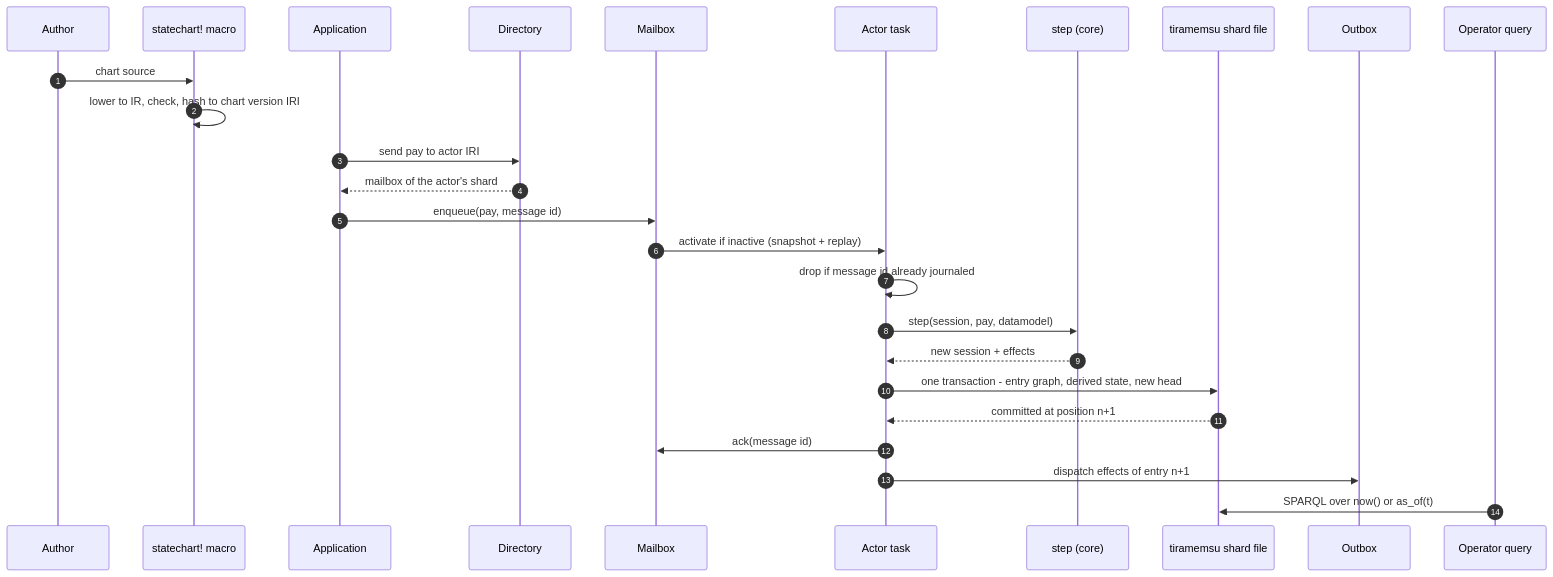
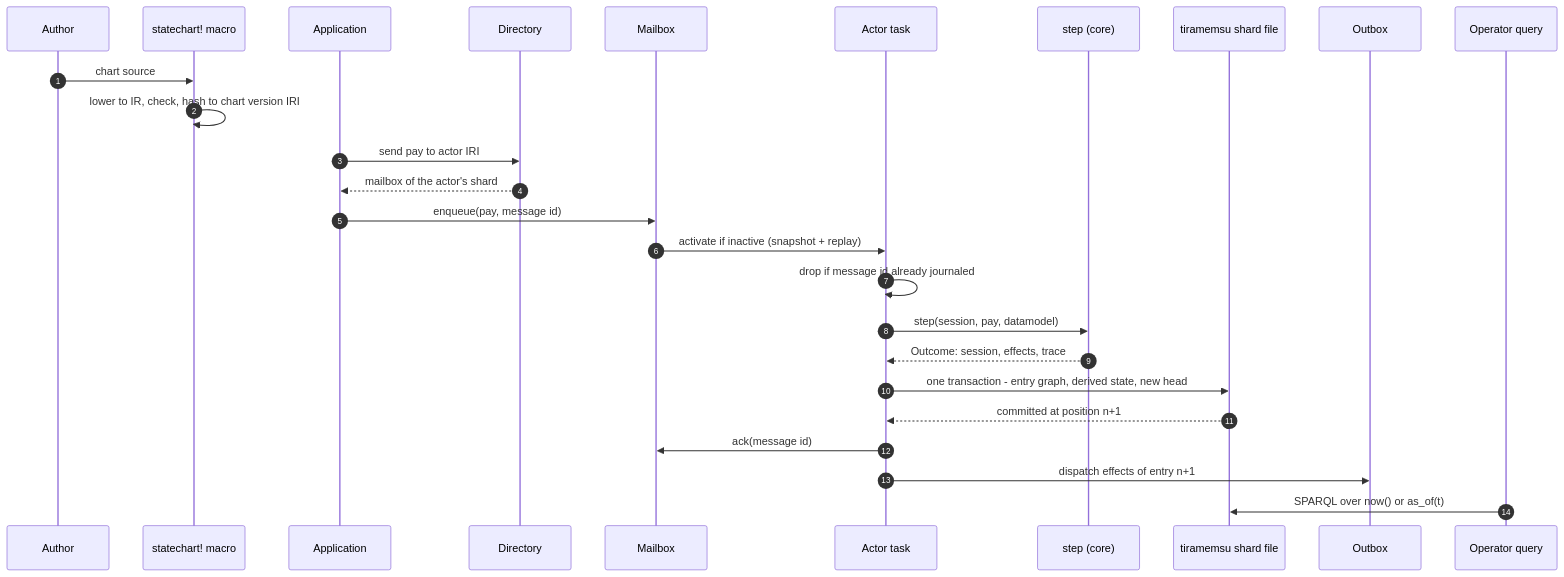
One commit to Volland/vertep changed the fourth of 6 diagrams in tg.md/views/overview.md. Above: the diagram before and after it, drawn with Mermaid. The commit also changed other lines of this file and 9 other files, not shown here.

First line of the commit message:
Bring the architecture views in line with the code

````diff
--- a/tg.md/views/overview.md
+++ b/tg.md/views/overview.md
@@ -160,28 +160,28 @@
 ```mermaid
 sequenceDiagram
     autonumber
     participant AU as Author
     participant MC as statechart! macro
     participant APP as Application
     participant DIR as Directory
     participant MB as Mailbox
     participant ACT as Actor task
     participant ST as step (core)
     participant J as tiramemsu shard file
     participant OB as Outbox
     participant Q as Operator query
     AU->>MC: chart source
     MC->>MC: lower to IR, check, hash to chart version IRI
     APP->>DIR: send pay to actor IRI
     DIR-->>APP: mailbox of the actor's shard
     APP->>MB: enqueue(pay, message id)
     MB->>ACT: activate if inactive (snapshot + replay)
     ACT->>ACT: drop if message id already journaled
     ACT->>ST: step(session, pay, datamodel)
-    ST-->>ACT: new session + effects
+    ST-->>ACT: Outcome: session, effects, trace
     ACT->>J: one transaction - entry graph, derived state, new head
     J-->>ACT: committed at position n+1
     ACT->>MB: ack(message id)
     ACT->>OB: dispatch effects of entry n+1
     Q->>J: SPARQL over now() or as_of(t)
 ```
````
